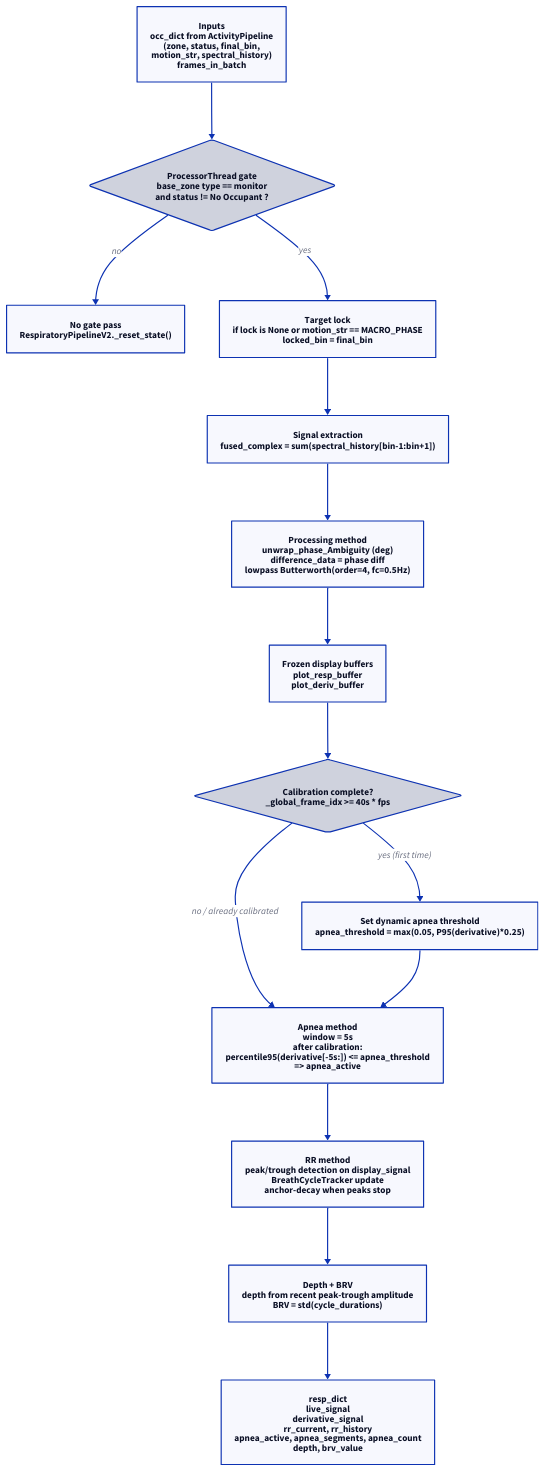
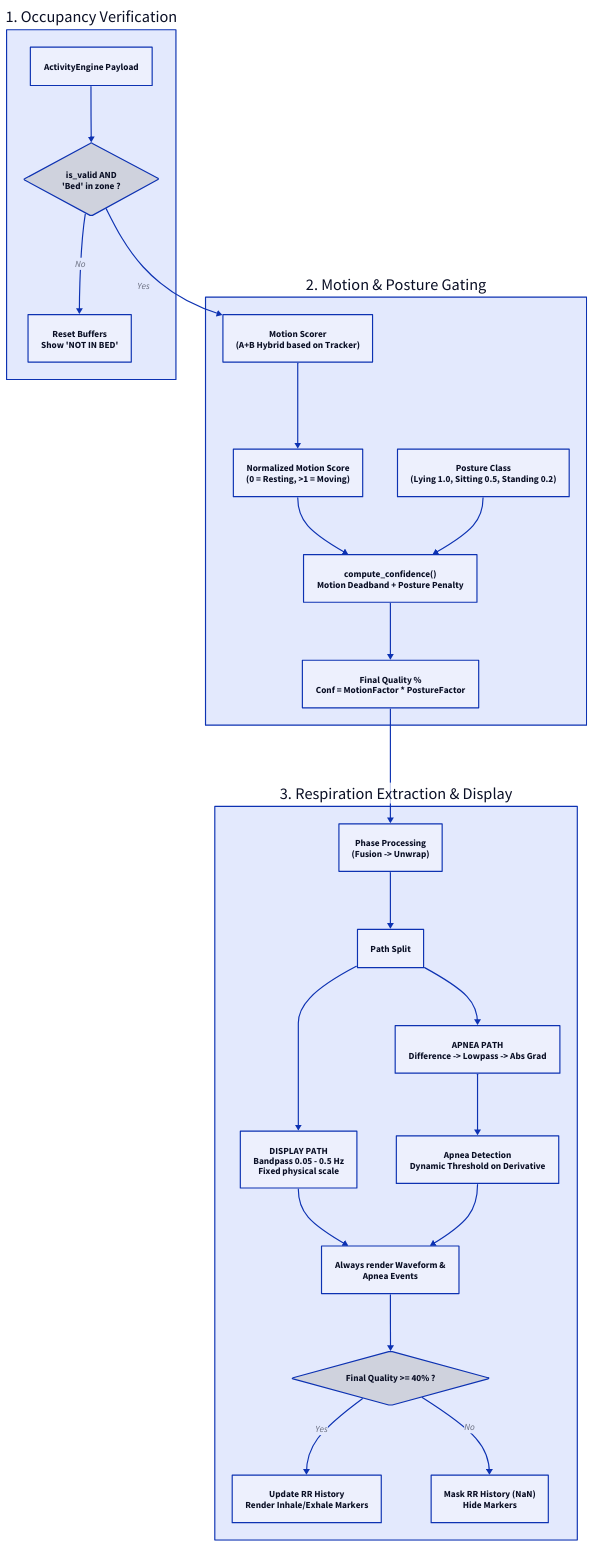
Before and after one commit to walidbrahim/activity_monitoting: the diagram in docs/legacy_dev/diagrams/respiration_logic_gating.d2, drawn with D2. The commit also changed 34 other files, not shown here.

```diff
--- a/docs/legacy_dev/diagrams/respiration_logic_gating.d2
+++ b/docs/legacy_dev/diagrams/respiration_logic_gating.d2
@@ -1,80 +1,120 @@
 direction: down
 
-Input: {
-  shape: rectangle
-  label: "Inputs\nocc_dict from ActivityPipeline\n(zone, status, final_bin,\nmotion_str, spectral_history)\nframes_in_batch"
+OccupancyGating: {
+  label: "1. Occupancy Verification"
+  
+  Input: {
+    shape: rectangle
+    label: "ActivityEngine Payload"
+  }
+  
+  OccGate: {
+    shape: diamond
+    label: "is_valid AND\n'Bed' in zone ?"
+  }
+  
+  Reset: {
+    shape: rectangle
+    label: "Reset Buffers\nShow 'NOT IN BED'"
+  }
 }
 
-AppGate: {
-  shape: diamond
-  label: "ProcessorThread gate\nbase_zone type == monitor\nand status != No Occupant ?"
+MotionPostureGating: {
+  label: "2. Motion & Posture Gating"
+  
+  Scorer: {
+    shape: rectangle
+    label: "Motion Scorer\n(A+B Hybrid based on Tracker)"
+  }
+  
+  NormScore: {
+    shape: rectangle
+    label: "Normalized Motion Score\n(0 = Resting, >1 = Moving)"
+  }
+  
+  ComputeConf: {
+    shape: rectangle
+    label: "compute_confidence()\nMotion Deadband + Posture Penalty"
+  }
+  
+  PostureLabel: {
+    shape: rectangle
+    label: "Posture Class\n(Lying 1.0, Sitting 0.5, Standing 0.2)"
+  }
+  
+  FinalConf: {
+    shape: rectangle
+    label: "Final Quality %\nConf = MotionFactor * PostureFactor"
+  }
 }
 
-ResetResp: {
-  shape: rectangle
-  label: "No gate pass\nRespiratoryPipelineV2._reset_state()"
+RespPipeline: {
+  label: "3. Respiration Extraction & Display"
+
+  Extraction: {
+    shape: rectangle
+    label: "Phase Processing\n(Fusion -> Unwrap)"
+  }
+  
+  PathSplit: {
+    shape: rectangle
+    label: "Path Split"
+  }
+  
+  Bandpass: {
+    shape: rectangle
+    label: "DISPLAY PATH\nBandpass 0.05 - 0.5 Hz\nFixed physical scale"
+  }
+  
+  Derivative: {
+    shape: rectangle
+    label: "APNEA PATH\nDifference -> Lowpass -> Abs Grad"
+  }
+  
+  ApneaLogic: {
+    shape: rectangle
+    label: "Apnea Detection\nDynamic Threshold on Derivative"
+  }
+  
+  MarkerGate: {
+    shape: diamond
+    label: "Final Quality >= 40% ?"
+  }
+  
+  RenderWaves: {
+    shape: rectangle
+    label: "Always render Waveform &\nApnea Events"
+  }
+  
+  RenderMarkers: {
+    shape: rectangle
+    label: "Update RR History\nRender Inhale/Exhale Markers"
+  }
+  
+  MaskMarkers: {
+    shape: rectangle
+    label: "Mask RR History (NaN)\nHide Markers"
+  }
 }
 
-Lock: {
-  shape: rectangle
-  label: "Target lock\nif lock is None or motion_str == MACRO_PHASE\nlocked_bin = final_bin"
-}
+OccupancyGating.Input -> OccupancyGating.OccGate
+OccupancyGating.OccGate -> OccupancyGating.Reset: "No"
+OccupancyGating.OccGate -> MotionPostureGating.Scorer: "Yes"
 
-Fusion: {
-  shape: rectangle
-  label: "Signal extraction\nfused_complex = sum(spectral_history[bin-1:bin+1])"
-}
+MotionPostureGating.Scorer -> MotionPostureGating.NormScore
+MotionPostureGating.NormScore -> MotionPostureGating.ComputeConf
+MotionPostureGating.PostureLabel -> MotionPostureGating.ComputeConf
+MotionPostureGating.ComputeConf -> MotionPostureGating.FinalConf
 
-Phase: {
-  shape: rectangle
-  label: "Processing method\nunwrap_phase_Ambiguity (deg)\ndifference_data = phase diff\nlowpass Butterworth(order=4, fc=0.5Hz)"
-}
+MotionPostureGating.FinalConf -> RespPipeline.Extraction
+RespPipeline.Extraction -> RespPipeline.PathSplit
+RespPipeline.PathSplit -> RespPipeline.Bandpass
+RespPipeline.PathSplit -> RespPipeline.Derivative
 
-DisplayBuf: {
-  shape: rectangle
-  label: "Frozen display buffers\nplot_resp_buffer\nplot_deriv_buffer"
-}
+RespPipeline.Bandpass -> RespPipeline.RenderWaves
+RespPipeline.Derivative -> RespPipeline.ApneaLogic
+RespPipeline.ApneaLogic -> RespPipeline.RenderWaves
 
-CalibGate: {
-  shape: diamond
-  label: "Calibration complete?\n_global_frame_idx >= 40s * fps"
-}
-
-CalibSet: {
-  shape: rectangle
-  label: "Set dynamic apnea threshold\napnea_threshold = max(0.05, P95(derivative)*0.25)"
-}
-
-Apnea: {
-  shape: rectangle
-  label: "Apnea method\nwindow = 5s\nafter calibration:\npercentile95(derivative[-5s:]) <= apnea_threshold\n=> apnea_active"
-}
-
-RR: {
-  shape: rectangle
-  label: "RR method\npeak/trough detection on display_signal\nBreathCycleTracker update\nanchor-decay when peaks stop"
-}
-
-Depth: {
-  shape: rectangle
-  label: "Depth + BRV\ndepth from recent peak-trough amplitude\nBRV = std(cycle_durations)"
-}
-
-Out: {
-  shape: rectangle
-  label: "resp_dict\nlive_signal\nderivative_signal\nrr_current, rr_history\napnea_active, apnea_segments, apnea_count\ndepth, brv_value"
-}
-
-Input -> AppGate
-AppGate -> ResetResp: "no"
-AppGate -> Lock: "yes"
-Lock -> Fusion
-Fusion -> Phase
-Phase -> DisplayBuf
-DisplayBuf -> CalibGate
-CalibGate -> CalibSet: "yes (first time)"
-CalibGate -> Apnea: "no / already calibrated"
-CalibSet -> Apnea
-Apnea -> RR
-RR -> Depth
-Depth -> Out
+RespPipeline.RenderWaves -> RespPipeline.MarkerGate
+RespPipeline.MarkerGate -> RespPipeline.RenderMarkers: "Yes"
+RespPipeline.MarkerGate -> RespPipeline.MaskMarkers: "No"
```
